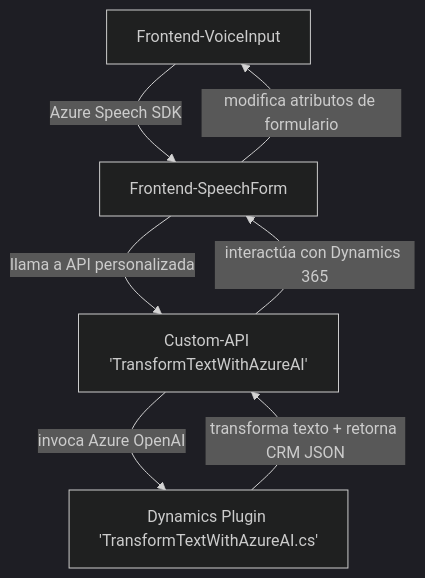
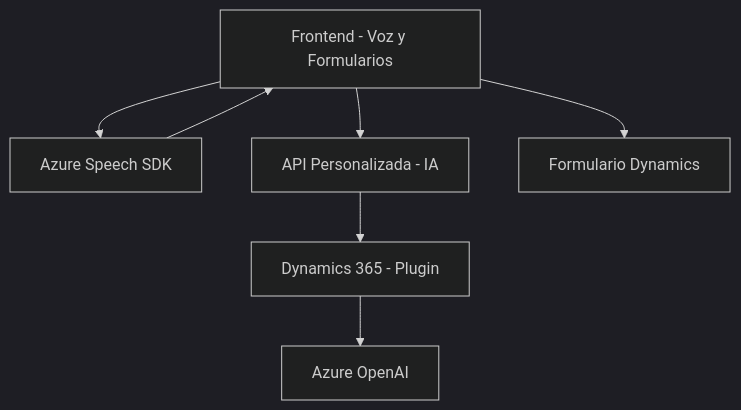
One commit to blopezdm/NETCORE_BILBAO2025 changed the diagram in README.md. Above: the diagram before and after it, drawn with Mermaid (dark theme). The commit also changed other lines of this file, not shown here.

Commit message:
Actualizar análisis global de la solución con IA

````diff
--- a/README.md
+++ b/README.md
@@ -27,13 +34,16 @@
 ```mermaid
 graph TD
-    A["Frontend-VoiceInput"]
-    B["Frontend-SpeechForm"]
-    C["Custom-API 'TransformTextWithAzureAI'"]
-    D["Dynamics Plugin 'TransformTextWithAzureAI.cs'"]
+    A["Frontend - Voz y Formularios"]
+    B["Azure Speech SDK"]
+    C["API Personalizada - IA"]
+    D["Dynamics 365 - Plugin"]
+    E["Azure OpenAI"]
+    F["Formulario Dynamics"]
 
-    A -->|"Azure Speech SDK"| B
-    B -->|"llama a API personalizada"| C
-    C -->|"invoca Azure OpenAI"| D
-    D -->|"transforma texto + retorna CRM JSON"| C
-    C -->|"interactúa con Dynamics 365"| B -->|"modifica atributos de formulario"| A
+    A --> B
+    A --> C
+    A --> F
+    C --> D
+    D --> E
+    B --> A
 ```
````
